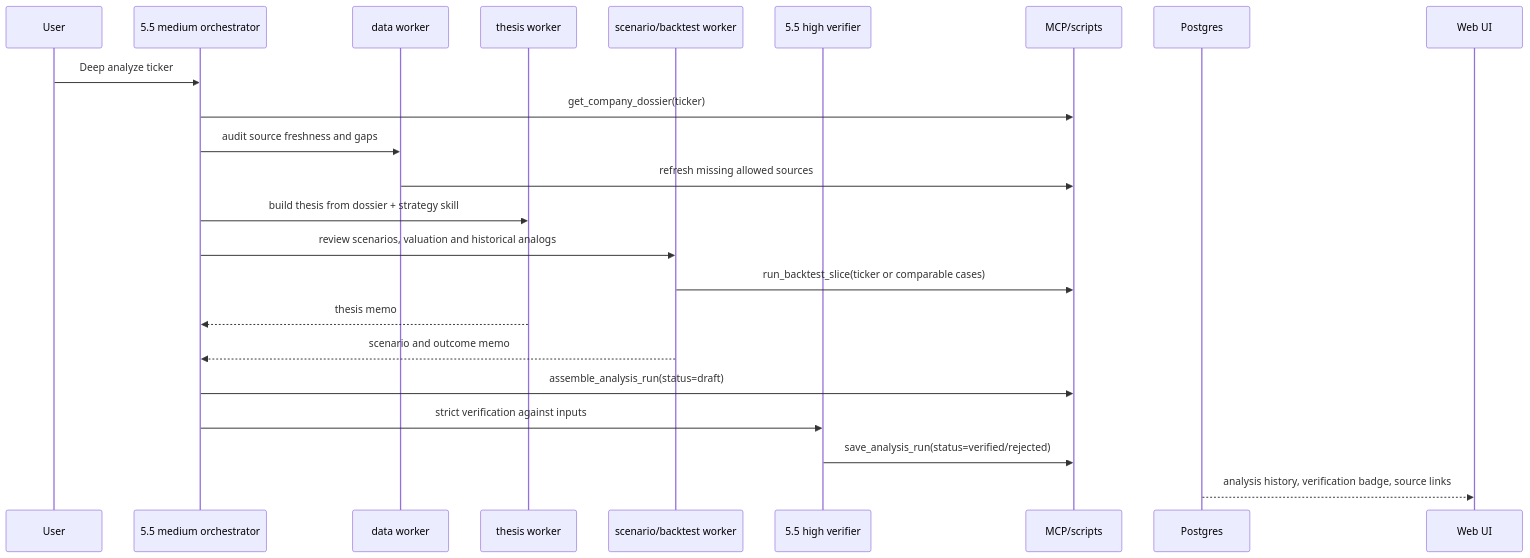
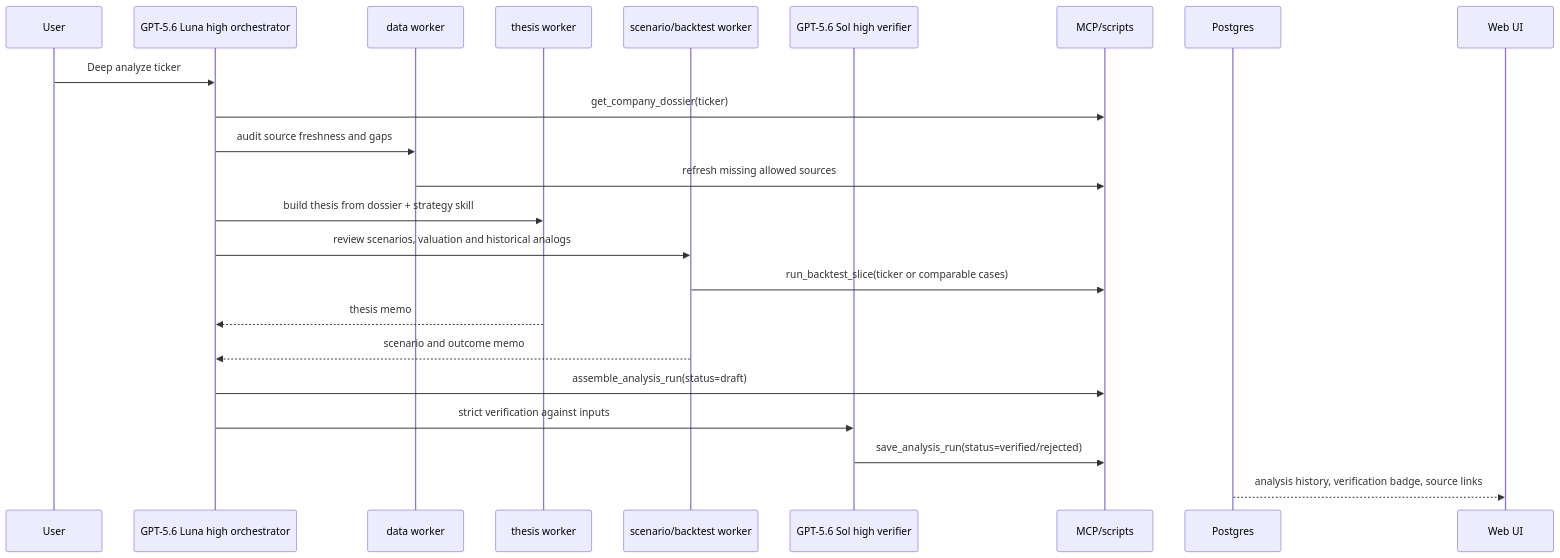
The sixth of 11 diagrams in docs/plan-stage-codex-pivot.md (j-gulinski/stocks-analysis), drawn with Mermaid before and after one commit. The commit also changed other lines of this file and 23 other files, not shown here.

Commit message:
Align ESPI watermark work with execution roadmap

````diff
--- a/docs/plan-stage-codex-pivot.md
+++ b/docs/plan-stage-codex-pivot.md
@@ -369,26 +372,26 @@
 ```mermaid
 sequenceDiagram
     participant User
-    participant Orchestrator as 5.5 medium orchestrator
+    participant Orchestrator as GPT-5.6 Luna high orchestrator
     participant Data as data worker
     participant Thesis as thesis worker
     participant Scenario as scenario/backtest worker
-    participant Verify as 5.5 high verifier
+    participant Verify as GPT-5.6 Sol high verifier
     participant Tools as MCP/scripts
     participant DB as Postgres
     participant UI as Web UI
 
     User->>Orchestrator: Deep analyze ticker
     Orchestrator->>Tools: get_company_dossier(ticker)
     Orchestrator->>Data: audit source freshness and gaps
     Data->>Tools: refresh missing allowed sources
     Orchestrator->>Thesis: build thesis from dossier + strategy skill
     Orchestrator->>Scenario: review scenarios, valuation and historical analogs
     Scenario->>Tools: run_backtest_slice(ticker or comparable cases)
     Thesis-->>Orchestrator: thesis memo
     Scenario-->>Orchestrator: scenario and outcome memo
     Orchestrator->>Tools: assemble_analysis_run(status=draft)
     Orchestrator->>Verify: strict verification against inputs
     Verify->>Tools: save_analysis_run(status=verified/rejected)
     DB-->>UI: analysis history, verification badge, source links
 ```
````
